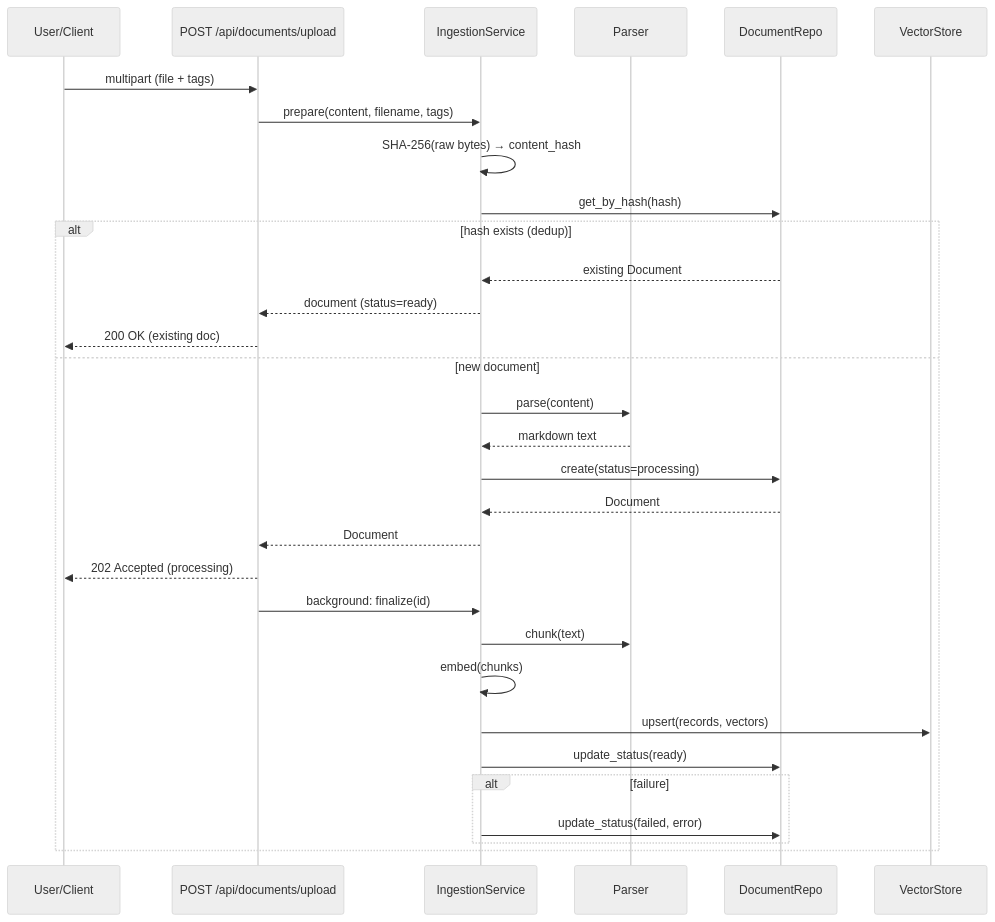
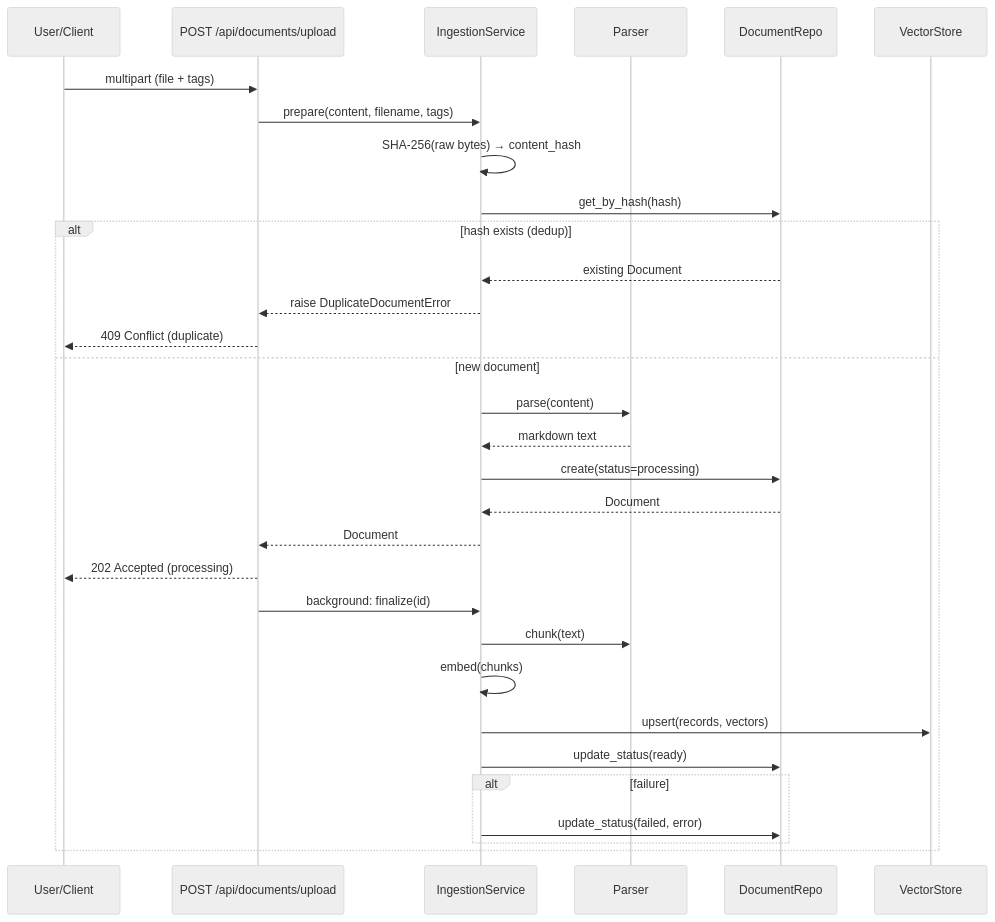
One commit to apiraccini/dis changed the second of 2 diagrams in README.md. Above: the diagram before and after it, drawn with Mermaid (neutral theme). The commit also changed 17 other files, not shown here.

Commit message:
chore: return Error on duplicate doc, remove unused e2e tests

````diff
--- a/README.md
+++ b/README.md
@@ -35,34 +35,34 @@
 ```mermaid
 sequenceDiagram
     participant U as User/Client
     participant API as POST /api/documents/upload
     participant I as IngestionService
     participant P as Parser
     participant R as DocumentRepo
     participant V as VectorStore
 
     U->>API: multipart (file + tags)
     API->>I: prepare(content, filename, tags)
     I->>I: SHA-256(raw bytes) → content_hash
     I->>R: get_by_hash(hash)
     alt hash exists (dedup)
         R-->>I: existing Document
-        I-->>API: document (status=ready)
-        API-->>U: 200 OK (existing doc)
+        I-->>API: raise DuplicateDocumentError
+        API-->>U: 409 Conflict (duplicate)
     else new document
         I->>P: parse(content)
         P-->>I: markdown text
         I->>R: create(status=processing)
         R-->>I: Document
         I-->>API: Document
         API-->>U: 202 Accepted (processing)
         API->>I: background: finalize(id)
         I->>P: chunk(text)
         I->>I: embed(chunks)
         I->>V: upsert(records, vectors)
         I->>R: update_status(ready)
         alt failure
             I->>R: update_status(failed, error)
         end
     end
 ```
````
